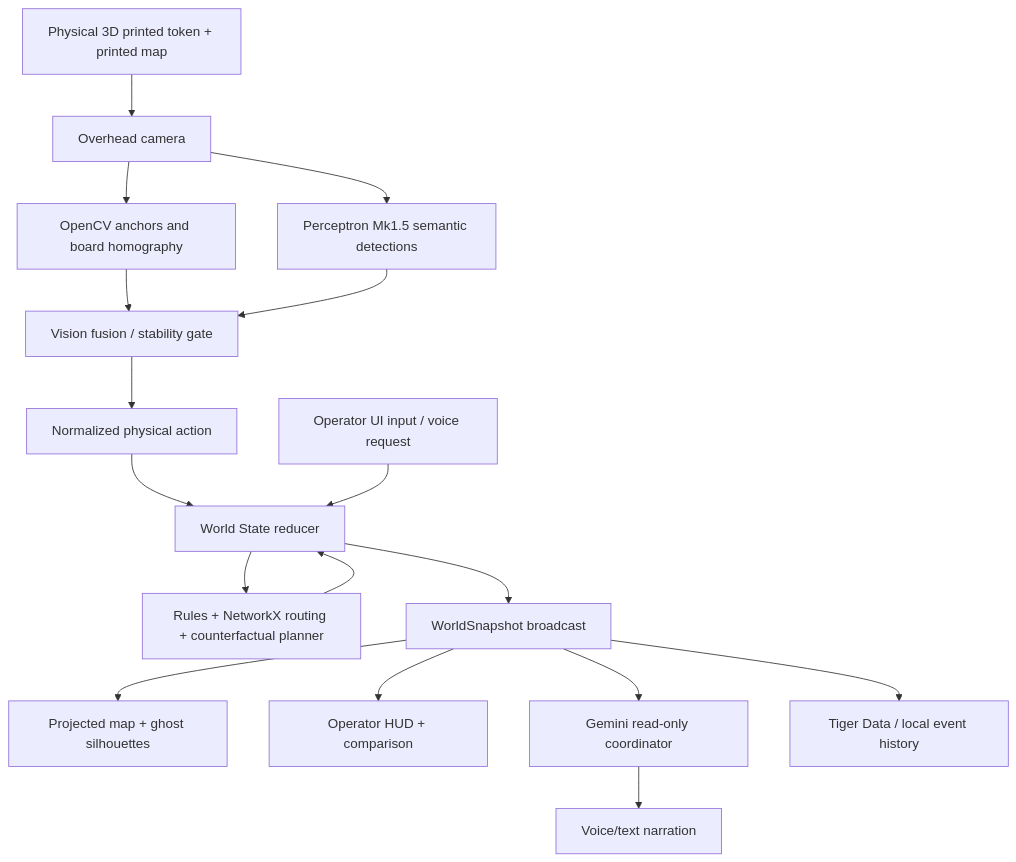
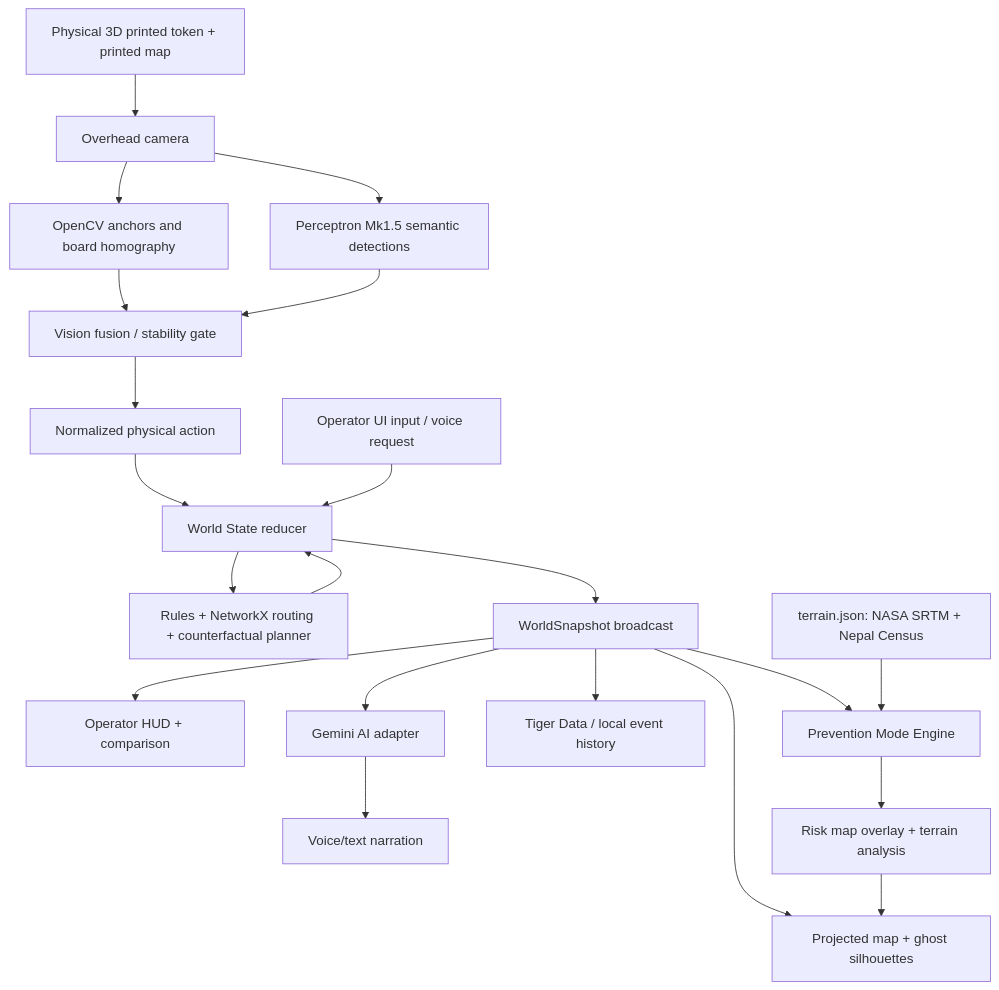
The diagram in FLOODSHIFT_MASTER_BUILD_SPEC_V2.md (aditi-labs/floodshift-), drawn with Mermaid before and after one commit. The commit also changed other lines of this file, not shown here.

First line of the commit message:
docs: Update master spec with prevention mode architecture

````diff
--- a/FLOODSHIFT_MASTER_BUILD_SPEC_V2.md
+++ b/FLOODSHIFT_MASTER_BUILD_SPEC_V2.md
@@ -362,19 +393,23 @@
 ```mermaid
 flowchart TD
   A[Physical 3D printed token + printed map] --> B[Overhead camera]
   B --> C[OpenCV anchors and board homography]
   B --> D[Perceptron Mk1.5 semantic detections]
   C --> E[Vision fusion / stability gate]
   D --> E
   E --> F[Normalized physical action]
   F --> G[World State reducer]
   H[Operator UI input / voice request] --> G
   G --> I[Rules + NetworkX routing + counterfactual planner]
   I --> G
   G --> J[WorldSnapshot broadcast]
   J --> K[Projected map + ghost silhouettes]
   J --> L[Operator HUD + comparison]
-  J --> M[Gemini read-only coordinator]
+  J --> M[Gemini AI adapter]
   M --> N[Voice/text narration]
   J --> O[Tiger Data / local event history]
+  J --> P[Prevention Mode Engine]
+  P --> Q[Risk map overlay + terrain analysis]
+  Q --> K
+  R[terrain.json: NASA SRTM + Nepal Census] --> P
 ```
````
